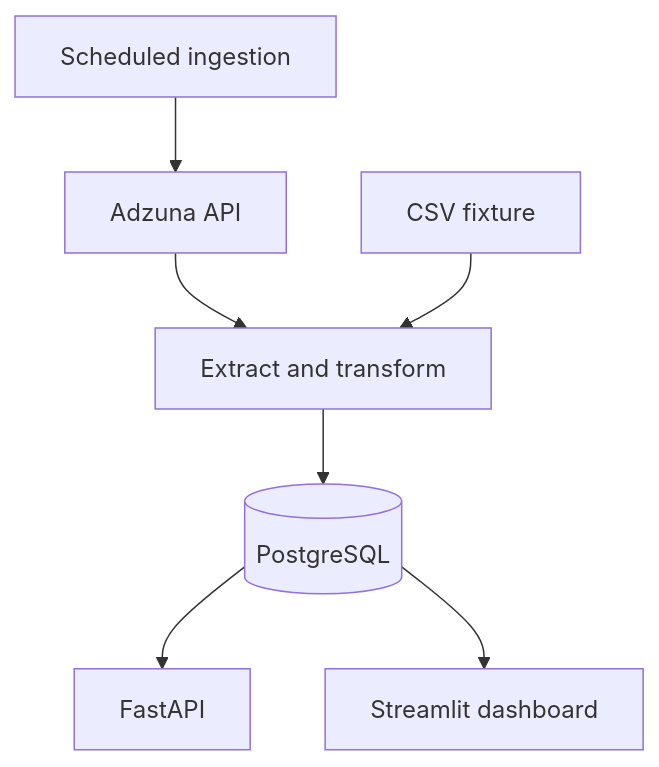
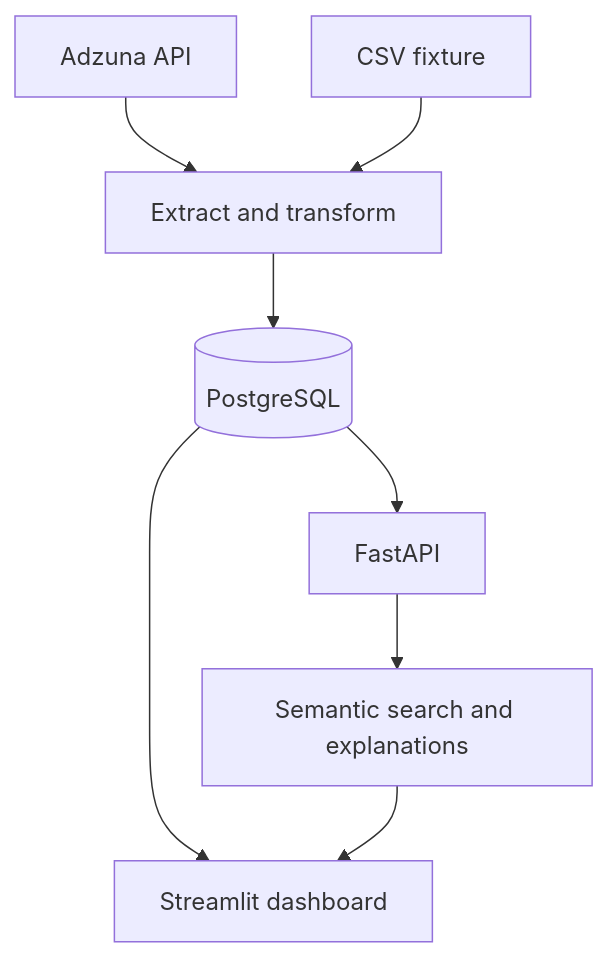
Before and after one commit to SNDLM/careerpulse-ai: the diagram in README.md, drawn with Mermaid. The commit also changed other lines of this file and 1 other file, not shown here.

````diff
--- a/README.md
+++ b/README.md
@@ -23,9 +25,10 @@
 ```mermaid
 flowchart TD
     A["Adzuna API"] --> C["Extract and transform"]
     B["CSV fixture"] --> C
     C --> D[("PostgreSQL")]
     D --> E["FastAPI"]
-    D --> F["Streamlit dashboard"]
-    G["Scheduled ingestion"] --> A
+    E --> F["Semantic search and explanations"]
+    D --> G["Streamlit dashboard"]
+    F --> G
 ```
````
